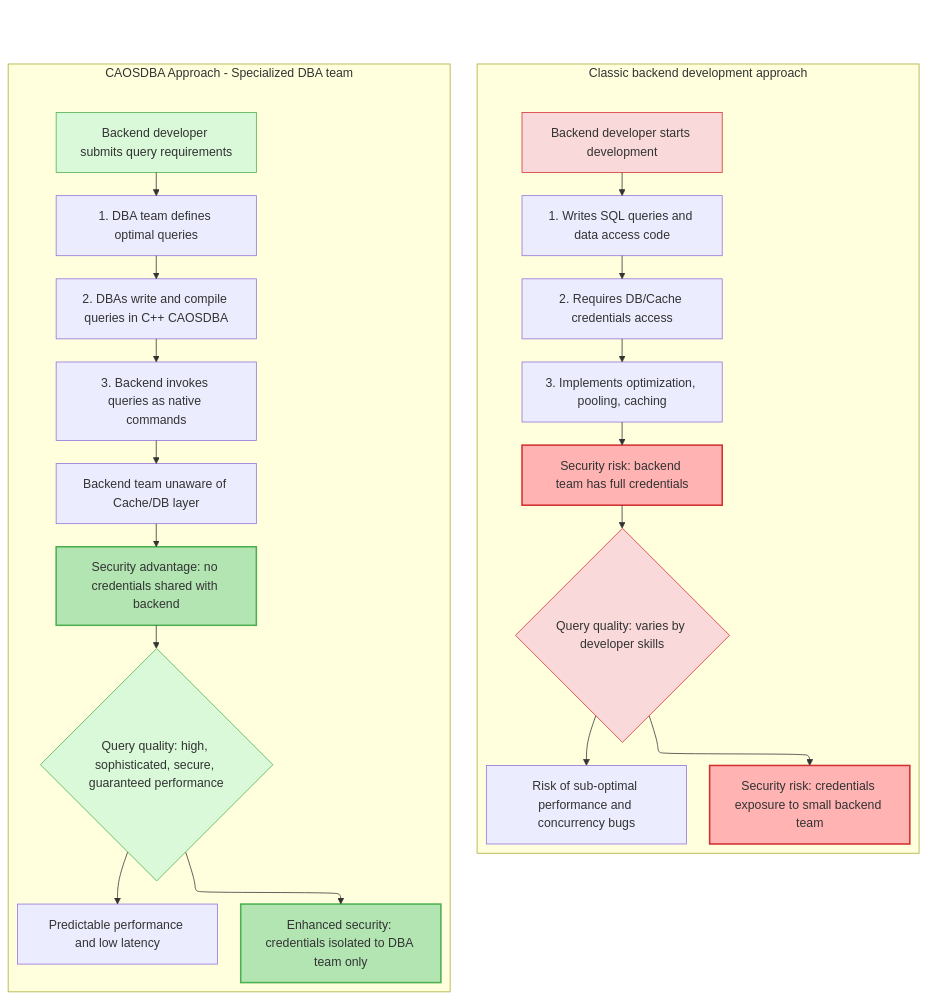
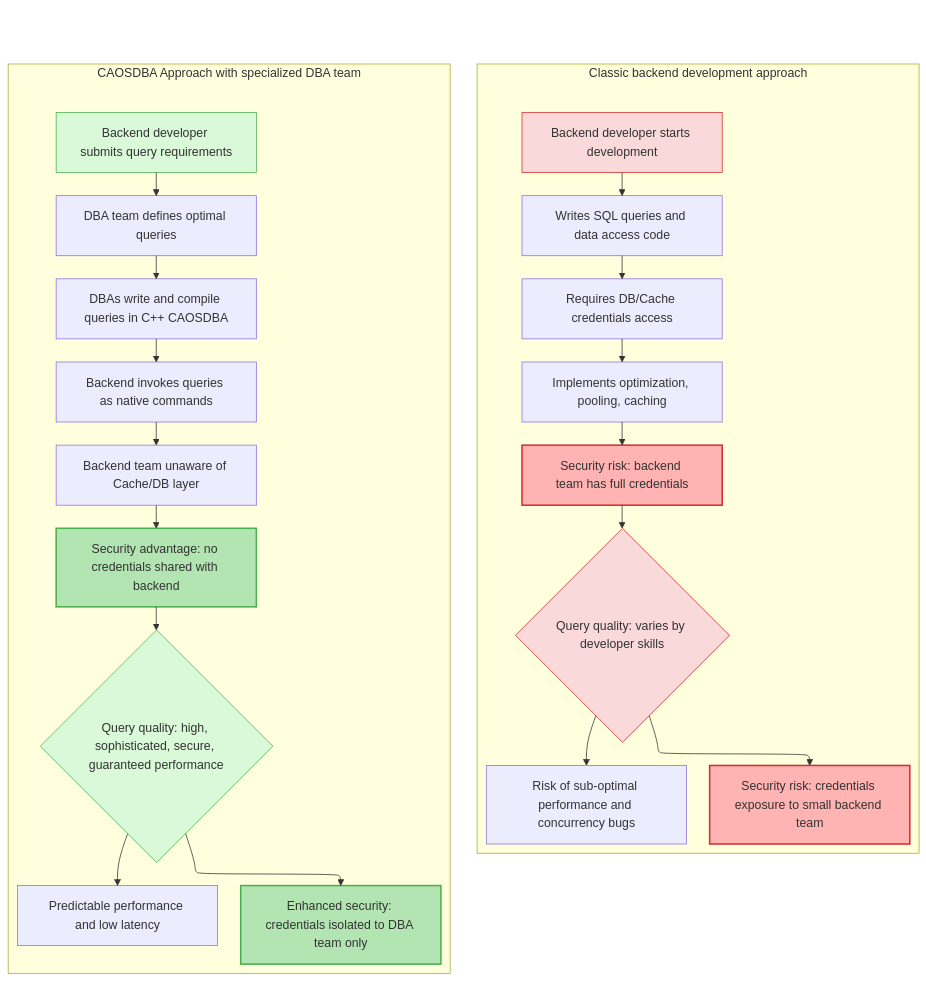
One commit to mydevhero/CAOSDBA changed the diagram in README.md. Above: the diagram before and after it, drawn with Mermaid.

Commit message:
Removed unnecessary numeric ordering

````diff
--- a/README.md
+++ b/README.md
@@ -87,58 +87,58 @@
 ```mermaid
 ---
 config:
   layout: elk
 ---
 flowchart TB
   anchor[" "]
   
   subgraph classic["Classic backend development approach"]
         DEV_START["Backend developer starts development"]
-        DEV_QUERY["1. Writes SQL queries and data access code"]
-        DEV_CRED["2. Requires DB/Cache credentials access"]
-        DEV_OPT["3. Implements optimization, pooling, caching"]
+        DEV_QUERY["Writes SQL queries and data access code"]
+        DEV_CRED["Requires DB/Cache credentials access"]
+        DEV_OPT["Implements optimization, pooling, caching"]
         DEV_SEC["Security risk: backend team has full credentials"]
         DEV_END{"Query quality: varies by developer skills"}
         LOW_PERF["Risk of sub-optimal performance and concurrency bugs"]
         SEC_RISK["Security risk: credentials exposure to small backend team"]
   end
   
-  subgraph caosdba["CAOSDBA Approach - Specialized DBA team"]
+  subgraph caosdba["CAOSDBA Approach with specialized DBA team"]
         DBA_START["Backend developer submits query requirements"]
-        DBA_SPEC["1. DBA team defines optimal queries"]
-        DBA_CPP["2. DBAs write and compile queries in C++ CAOSDBA"]
-        DBA_NATIVE["3. Backend invokes queries as native commands"]
+        DBA_SPEC["DBA team defines optimal queries"]
+        DBA_CPP["DBAs write and compile queries in C++ CAOSDBA"]
+        DBA_NATIVE["Backend invokes queries as native commands"]
         DBA_ABSTRACT["Backend team unaware of Cache/DB layer"]
         DBA_SEC["Security advantage: no credentials shared with backend"]
         DBA_HIGH{"Query quality: high, sophisticated, secure, guaranteed performance"}
         HIGH_PERF["Predictable performance and low latency"]
         SEC_BENEFIT["Enhanced security: credentials isolated to DBA team only"]
   end
 
     anchor ~~~ DEV_START & DBA_START
     
     DEV_START --> DEV_QUERY
     DEV_QUERY --> DEV_CRED
     DEV_CRED --> DEV_OPT
     DEV_OPT --> DEV_SEC
     DEV_SEC --> DEV_END
     DEV_END --> LOW_PERF & SEC_RISK
     
     DBA_START --> DBA_SPEC
     DBA_SPEC --> DBA_CPP
     DBA_CPP --> DBA_NATIVE
     DBA_NATIVE --> DBA_ABSTRACT
     DBA_ABSTRACT --> DBA_SEC
     DBA_SEC --> DBA_HIGH
     DBA_HIGH --> HIGH_PERF & SEC_BENEFIT
 
     style anchor fill:none,stroke:none
     style DBA_START fill:#D9F9D9,stroke:#4CAF50
     style DBA_SEC fill:#B3E5B3,stroke:#4CAF50,stroke-width:2px
     style DBA_HIGH fill:#D9F9D9,stroke:#4CAF50
     style SEC_BENEFIT fill:#B3E5B3,stroke:#4CAF50,stroke-width:2px
     style DEV_START fill:#F9D9D9,stroke:#D32F2F
     style DEV_SEC fill:#FFB3B3,stroke:#D32F2F,stroke-width:2px
     style DEV_END fill:#F9D9D9,stroke:#D32F2F
     style SEC_RISK fill:#FFB3B3,stroke:#D32F2F,stroke-width:2px
 ```
````
